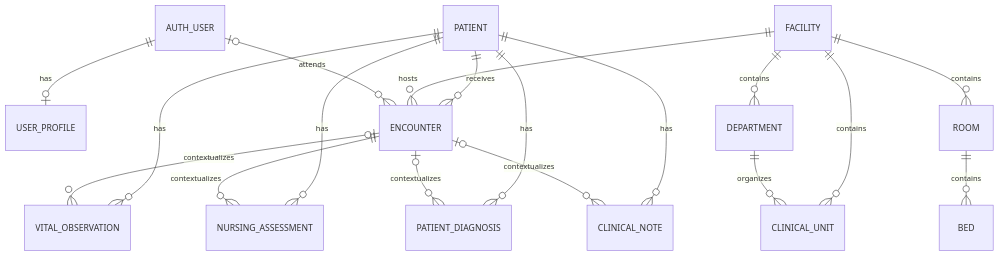
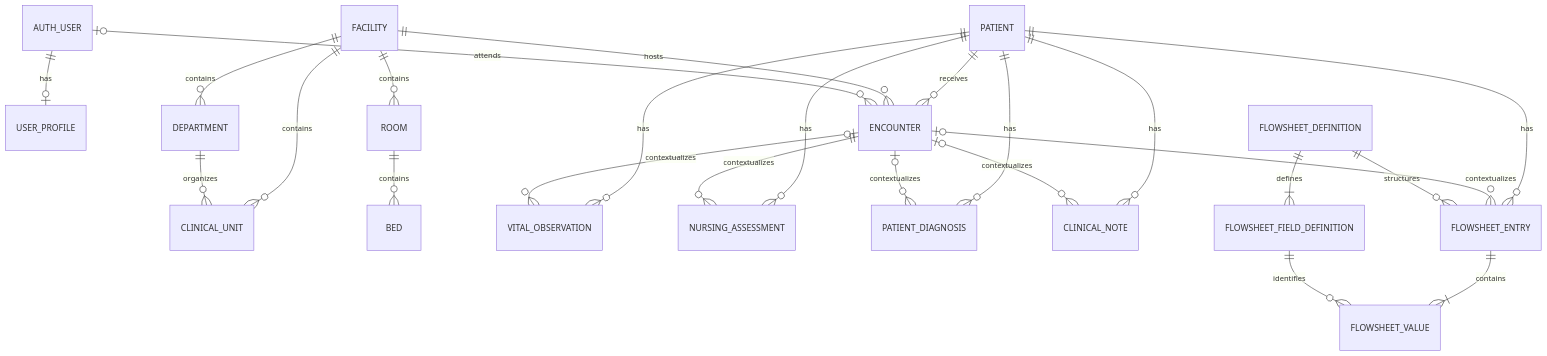
One commit to wuahmartor/liberia-ehr changed the first of 4 diagrams in docs/database.md. Above: the diagram before and after it, drawn with Mermaid. The commit also changed other lines of this file and 25 other files, not shown here.

Commit message:
Created Flowsheet App

````diff
--- a/docs/database.md
+++ b/docs/database.md
@@ -11,21 +11,27 @@
 ```mermaid
 erDiagram
     AUTH_USER ||--o| USER_PROFILE : has
     FACILITY ||--o{ DEPARTMENT : contains
     FACILITY ||--o{ CLINICAL_UNIT : contains
     DEPARTMENT ||--o{ CLINICAL_UNIT : organizes
     FACILITY ||--o{ ROOM : contains
     ROOM ||--o{ BED : contains
 
     PATIENT ||--o{ ENCOUNTER : receives
     FACILITY ||--o{ ENCOUNTER : hosts
     AUTH_USER o|--o{ ENCOUNTER : attends
     PATIENT ||--o{ VITAL_OBSERVATION : has
     ENCOUNTER o|--o{ VITAL_OBSERVATION : contextualizes
     PATIENT ||--o{ NURSING_ASSESSMENT : has
     ENCOUNTER ||--o{ NURSING_ASSESSMENT : contextualizes
     PATIENT ||--o{ PATIENT_DIAGNOSIS : has
     ENCOUNTER o|--o{ PATIENT_DIAGNOSIS : contextualizes
     PATIENT ||--o{ CLINICAL_NOTE : has
     ENCOUNTER o|--o{ CLINICAL_NOTE : contextualizes
+    PATIENT ||--o{ FLOWSHEET_ENTRY : has
+    ENCOUNTER o|--o{ FLOWSHEET_ENTRY : contextualizes
+    FLOWSHEET_DEFINITION ||--|{ FLOWSHEET_FIELD_DEFINITION : defines
+    FLOWSHEET_DEFINITION ||--o{ FLOWSHEET_ENTRY : structures
+    FLOWSHEET_ENTRY ||--|{ FLOWSHEET_VALUE : contains
+    FLOWSHEET_FIELD_DEFINITION ||--o{ FLOWSHEET_VALUE : identifies
 ```
````
